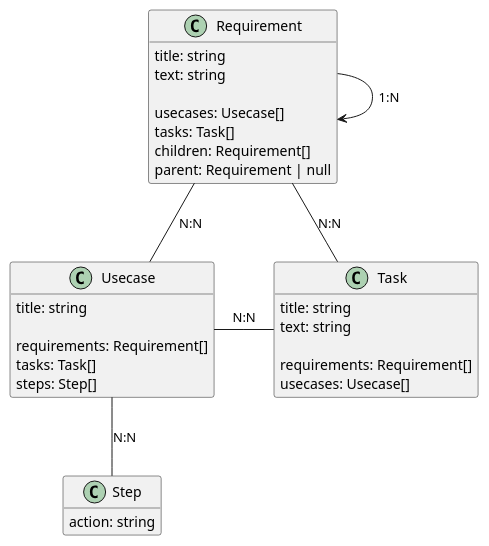
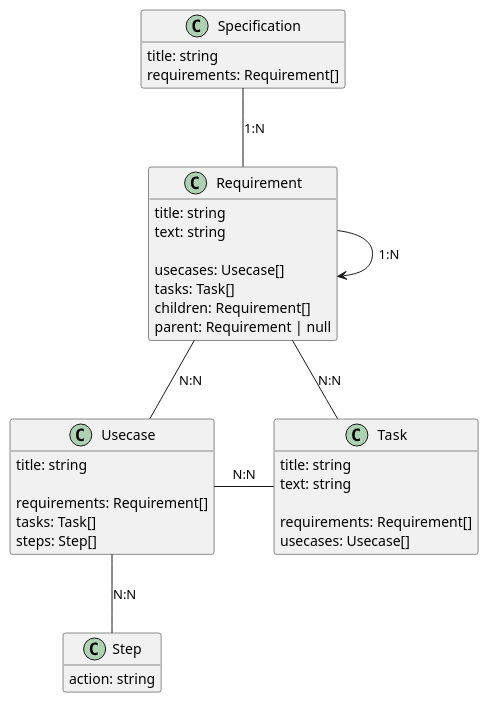
One commit to v1690117/rutt changed the diagram in docs/entities.puml. Above: the diagram before and after it, drawn with PlantUML. The commit also changed 10 other files, not shown here.

```diff
--- a/docs/entities.puml
+++ b/docs/entities.puml
@@ -1,41 +1,47 @@
 @startuml
+
+class Specification {
+    title: string
+    requirements: Requirement[]
+}
 
 class Requirement {
     title: string
     text: string
 
     usecases: Usecase[]
     tasks: Task[]
     children: Requirement[]
     parent: Requirement | null
 }
 
 class Usecase {
     title: string
 
     requirements: Requirement[]
     tasks: Task[]
     steps: Step[]
 }
 
 class Step {
     action: string
 }
 
 class Task {
     title: string
     text: string
 
     requirements: Requirement[]
     usecases: Usecase[]
 }
 
+Specification -- Requirement : 1:N
 Requirement -- Usecase : N:N
 Requirement -- Task : N:N
 Requirement --> Requirement : 1:N
 Usecase - Task : N:N
 Usecase -- Step : N:N
 
 hide methods
 
 @enduml
```
